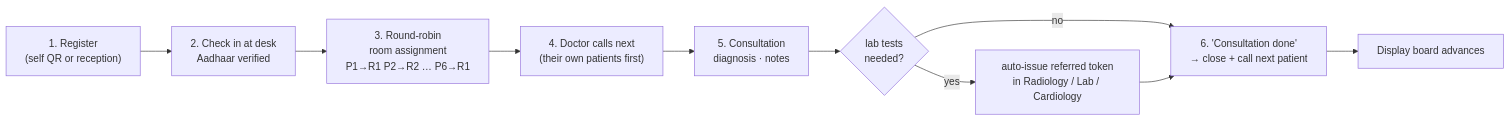
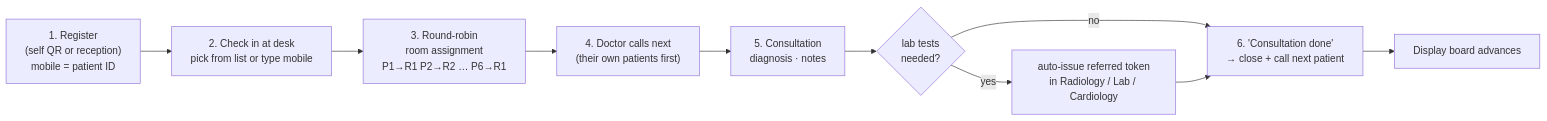
The sixth of 16 diagrams in docs/LLD-Flows.md (kpr11/Hospital-queueless-Ticket), drawn with Mermaid before and after one commit. The commit also changed other lines of this file and 26 other files, not shown here.

````diff
--- a/docs/LLD-Flows.md
+++ b/docs/LLD-Flows.md
@@ -200,12 +200,12 @@
 ```mermaid
 flowchart LR
-    R["1. Register<br/>(self QR or reception)"] --> CI["2. Check in at desk<br/>Aadhaar verified"]
+    R["1. Register<br/>(self QR or reception)<br/>mobile = patient ID"] --> CI["2. Check in at desk<br/>pick from list or type mobile"]
     CI --> AR["3. Round-robin<br/>room assignment<br/>P1→R1 P2→R2 … P6→R1"]
     AR --> CALL["4. Doctor calls next<br/>(their own patients first)"]
     CALL --> CONS["5. Consultation<br/>diagnosis · notes"]
     CONS --> LAB{"lab tests<br/>needed?"}
     LAB -->|yes| ROUTE["auto-issue referred token<br/>in Radiology / Lab / Cardiology"]
     LAB -->|no| DONE
     ROUTE --> DONE["6. 'Consultation done'<br/>→ close + call next patient"]
     DONE --> DISP["Display board advances"]
 ```
````
